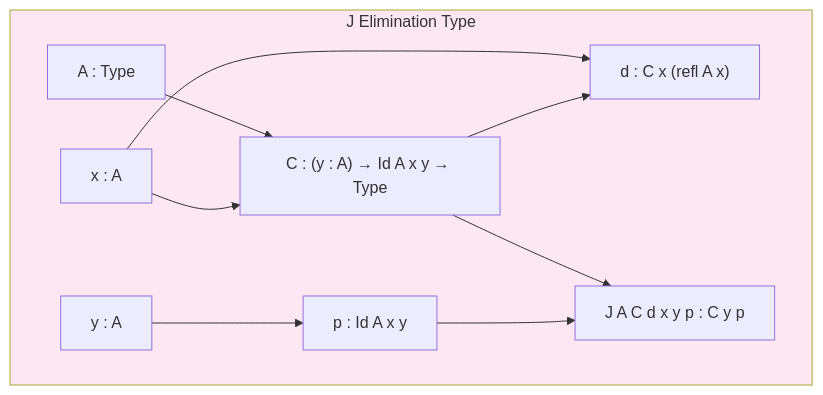
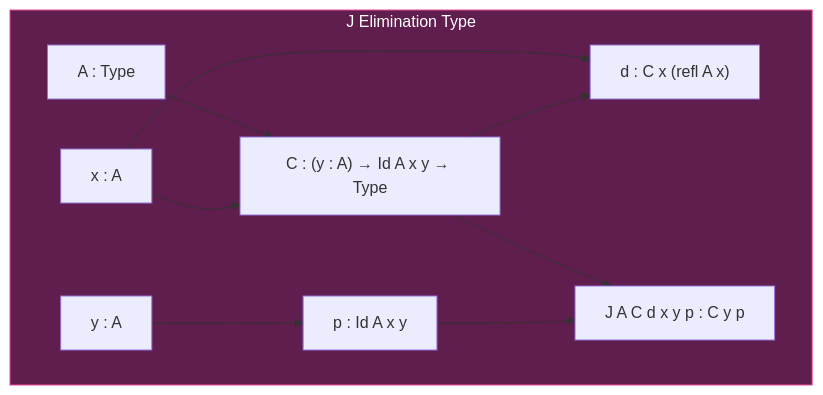
Diagram 16 of 23 in DIAGRAMS.md (watchthelight/HypergraphGo), drawn with Mermaid before and after one commit. The commit also changed other lines of this file, not shown here.

First line of the commit message:
docs(diagrams): add master architecture diagram with dark theme

````diff
--- a/DIAGRAMS.md
+++ b/DIAGRAMS.md
@@ -682,22 +1137,22 @@
 ```mermaid
 flowchart TB
     subgraph JType["J Elimination Type"]
         A["A : Type"]
         x["x : A"]
         y["y : A"]
         C["C : (y : A) → Id A x y → Type"]
         d["d : C x (refl A x)"]
         p["p : Id A x y"]
         result["J A C d x y p : C y p"]
 
         A --> C
         x --> C
         x --> d
         y --> p
         C --> d
         C --> result
         p --> result
     end
 
-    style JType fill:#fce7f3
+    style JType fill:#5f1e4d,stroke:#ec4899,color:#fff
 ```
````
